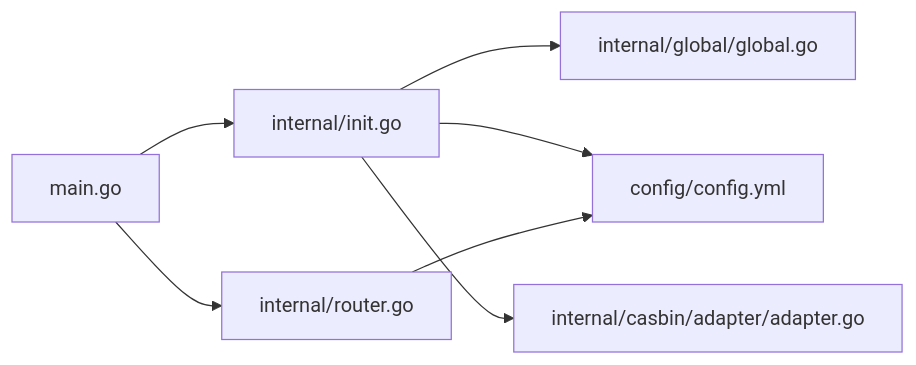
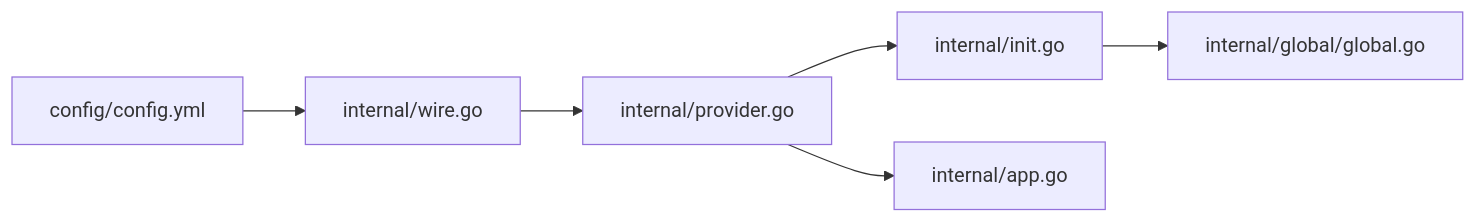
The third of 3 diagrams in .qoder/repowiki/zh/content/配置管理/配置管理.md (wuwuseo/e-sports-go-admin), drawn with Mermaid before and after one commit. The commit also changed other lines of this file and 141 other files, not shown here.

````diff
--- a/.qoder/repowiki/zh/content/配置管理/配置管理.md
+++ b/.qoder/repowiki/zh/content/配置管理/配置管理.md
@@ -244,9 +257,8 @@
 ```mermaid
 graph LR
-M["main.go"] --> I["internal/init.go"]
-M --> R["internal/router.go"]
+CFG["config/config.yml"] --> W["internal/wire.go"]
+W --> P["internal/provider.go"]
+P --> I["internal/init.go"]
 I --> G["internal/global/global.go"]
-I --> C["config/config.yml"]
-R --> C
-I --> A["internal/casbin/adapter/adapter.go"]
+P --> A["internal/app.go"]
 ```
````
